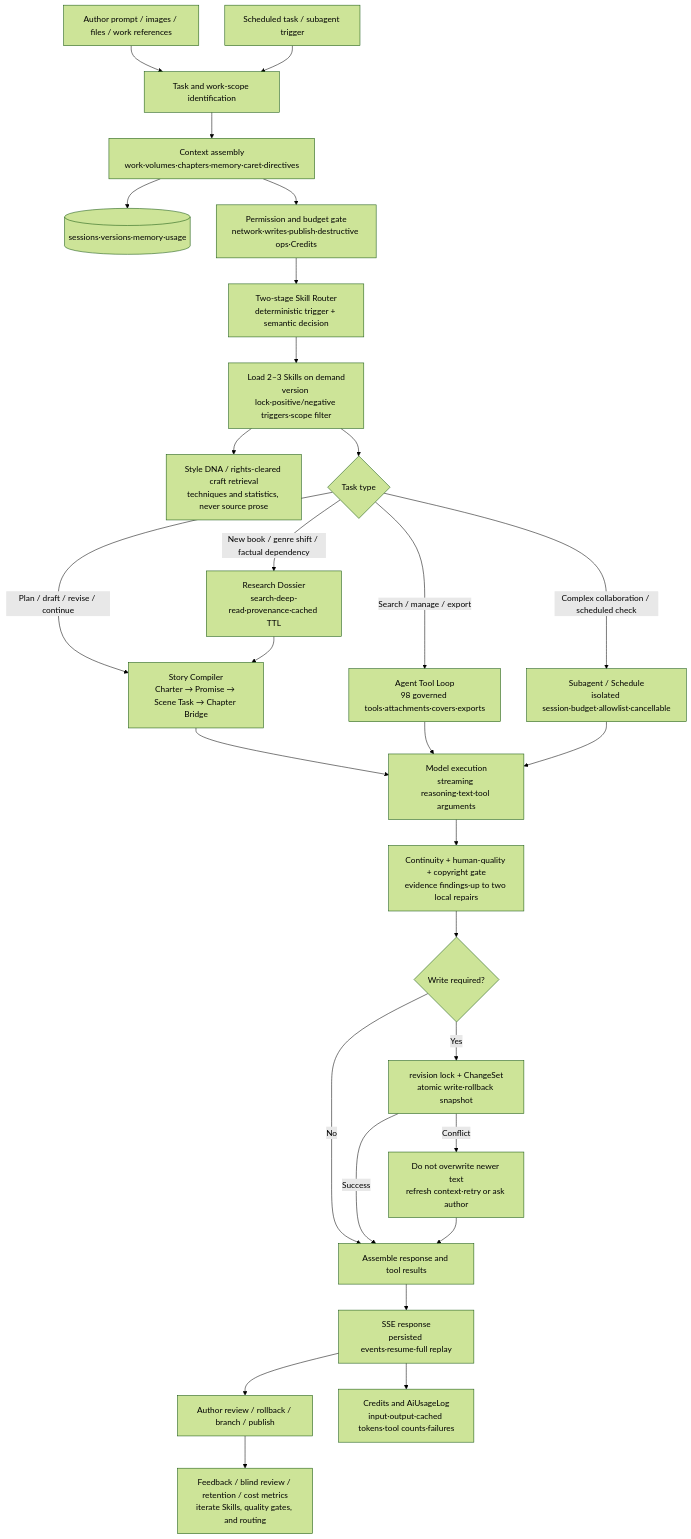
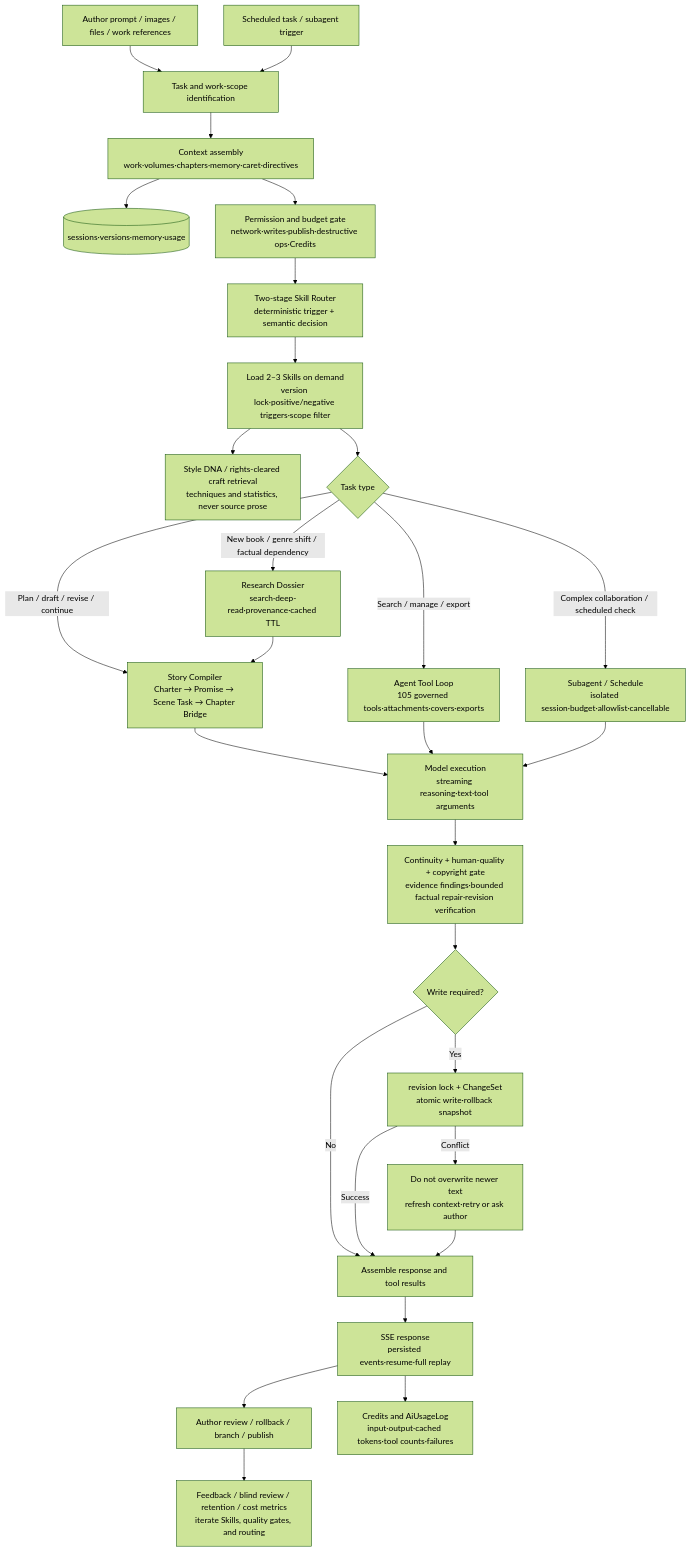
The first of 2 diagrams in README.en.md (Xcy8010/chevoink), drawn with Mermaid (forest theme) before and after one commit. The commit also changed other lines of this file and 5 other files, not shown here.

````diff
--- a/README.en.md
+++ b/README.en.md
@@ -43,31 +43,31 @@
 ```mermaid
 flowchart TD
   A[Author prompt / images / files / work references] --> B[Task and work-scope identification]
   T[Scheduled task / subagent trigger] --> B
   B --> C[Context assembly<br/>work·volumes·chapters·memory·caret·directives]
   C --> C1[(sessions·versions·memory·usage)]
   C --> D[Permission and budget gate<br/>network·writes·publish·destructive ops·Credits]
   D --> E[Two-stage Skill Router<br/>deterministic trigger + semantic decision]
   E --> F[Load 2–3 Skills on demand<br/>version lock·positive/negative triggers·scope filter]
   F --> F1[Style DNA / rights-cleared craft retrieval<br/>techniques and statistics, never source prose]
   F --> G{Task type}
   G -->|New book / genre shift / factual dependency| H[Research Dossier<br/>search·deep-read·provenance·cached TTL]
   G -->|Plan / draft / revise / continue| I[Story Compiler<br/>Charter → Promise → Scene Task → Chapter Bridge]
-  G -->|Search / manage / export| J[Agent Tool Loop<br/>98 governed tools·attachments·covers·exports]
+  G -->|Search / manage / export| J[Agent Tool Loop<br/>105 governed tools·attachments·covers·exports]
   G -->|Complex collaboration / scheduled check| K[Subagent / Schedule<br/>isolated session·budget·allowlist·cancellable]
   H --> I
   I --> L[Model execution<br/>streaming reasoning·text·tool arguments]
   J --> L
   K --> L
-  L --> M[Continuity + human-quality + copyright gate<br/>evidence findings·up to two local repairs]
+  L --> M[Continuity + human-quality + copyright gate<br/>evidence findings·bounded factual repair·revision verification]
   M --> N{Write required?}
   N -->|No| O[Assemble response and tool results]
   N -->|Yes| P[revision lock + ChangeSet<br/>atomic write·rollback snapshot]
   P -->|Success| O
   P -->|Conflict| Q[Do not overwrite newer text<br/>refresh context·retry or ask author]
   Q --> O
   O --> R[SSE response<br/>persisted events·resume·full replay]
   R --> S[Author review / rollback / branch / publish]
   R --> U[Credits and AiUsageLog<br/>input·output·cached tokens·tool counts·failures]
   S --> V[Feedback / blind review / retention / cost metrics<br/>iterate Skills, quality gates, and routing]
 ```
````
